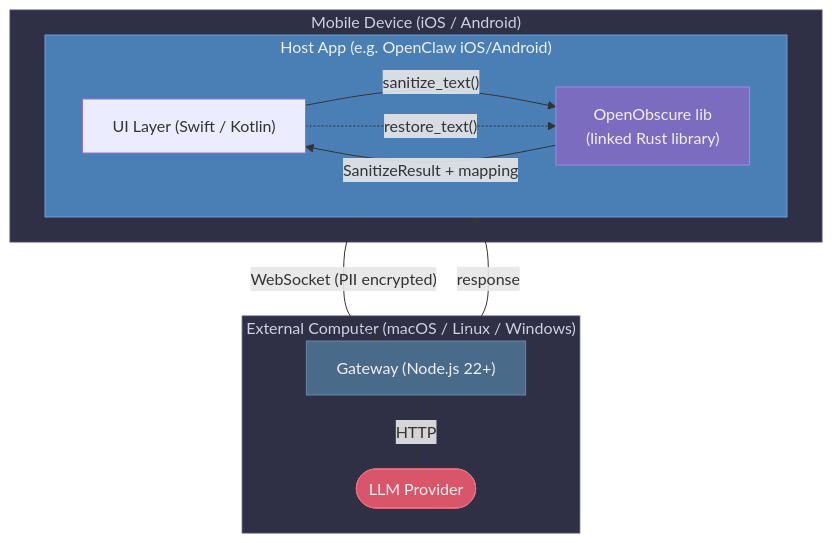
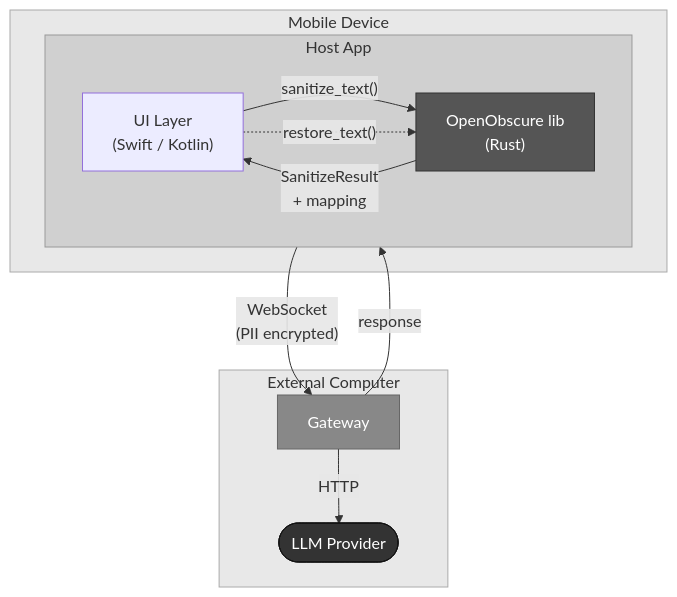
The second of 14 diagrams in ARCHITECTURE.md (OpenObscure/OpenObscure), drawn with Mermaid before and after one commit. The commit also changed other lines of this file and 4 other files, not shown here.

First line of the commit message:
Convert all mermaid diagrams to grayscale and fix text/box overlaps

````diff
--- a/ARCHITECTURE.md
+++ b/ARCHITECTURE.md
@@ -54,27 +54,27 @@
 ```mermaid
 flowchart TB
-    subgraph mobile ["Mobile Device (iOS / Android)"]
-        subgraph app ["Host App (e.g. OpenClaw iOS/Android)"]
-            ui["UI Layer (Swift / Kotlin)"]
-            lib["OpenObscure lib<br>(linked Rust library)"]
+    subgraph mobile ["Mobile Device"]
+        subgraph app ["Host App"]
+            ui["UI Layer\n(Swift / Kotlin)"]
+            lib["OpenObscure lib\n(Rust)"]
             ui -- "sanitize_text()" --> lib
-            lib -- "SanitizeResult + mapping" --> ui
+            lib -- "SanitizeResult\n+ mapping" --> ui
             ui -. "restore_text()" .-> lib
         end
     end
 
-    app -- "WebSocket (PII encrypted)" --> gw
+    app -- "WebSocket\n(PII encrypted)" --> gw
     gw -- "response" --> app
 
-    subgraph desktop ["External Computer (macOS / Linux / Windows)"]
-        gw["Gateway (Node.js 22+)"]
+    subgraph desktop ["External Computer"]
+        gw["Gateway"]
         gw -- "HTTP" --> llm(["LLM Provider"])
     end
 
-    style mobile fill:#2f2f45,stroke:#4a4a6e,color:#d0d0e0
-    style app fill:#4a7fb5,stroke:#6a9fd5,color:#f0f0f0
-    style lib fill:#7c6cbf,stroke:#9c8cdf,color:#f0f0f0
-    style desktop fill:#2f2f45,stroke:#4a4a6e,color:#d0d0e0
-    style gw fill:#4a6a8a,stroke:#6a8aaa,color:#f0f0f0
-    style llm fill:#d9556a,stroke:#e97585,color:#f0f0f0
+    style mobile fill:#e8e8e8,stroke:#aaa,color:#333
+    style app fill:#d0d0d0,stroke:#999,color:#333
+    style lib fill:#555,stroke:#333,color:#fff
+    style desktop fill:#e8e8e8,stroke:#aaa,color:#333
+    style gw fill:#888,stroke:#666,color:#fff
+    style llm fill:#333,stroke:#111,color:#fff
 ```
````
